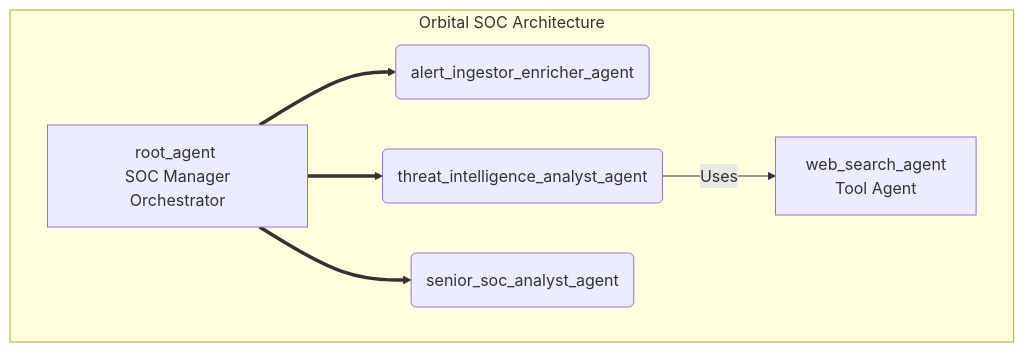
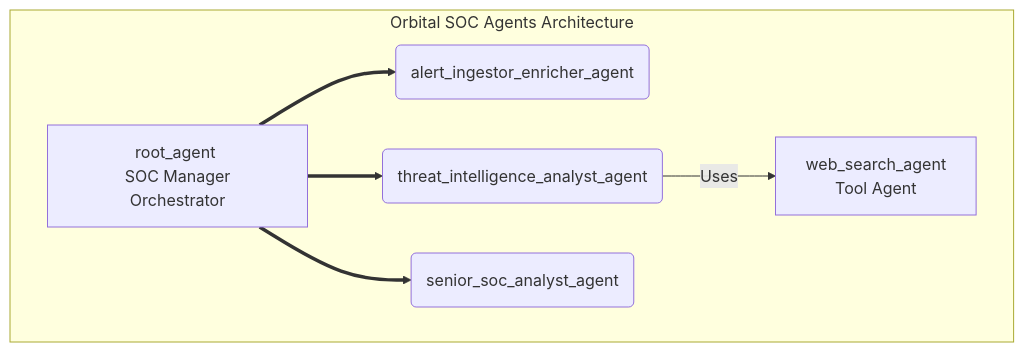
Before and after one commit to a-ml/orbital: the first of 2 diagrams in README.md, drawn with Mermaid. The commit also changed other lines of this file, not shown here.

````diff
--- a/README.md
+++ b/README.md
@@ -18,9 +18,9 @@
 ```mermaid
 graph TD
-    subgraph "Orbital SOC Architecture"
+    subgraph "Orbital SOC Agents Architecture"
         A[root_agent <br> SOC Manager Orchestrator] ==> B(alert_ingestor_enricher_agent);
         A ==> C(threat_intelligence_analyst_agent);
         A ==> D(senior_soc_analyst_agent);
         C -- Uses --> E[web_search_agent <br> Tool Agent];
     end
 ```
````
